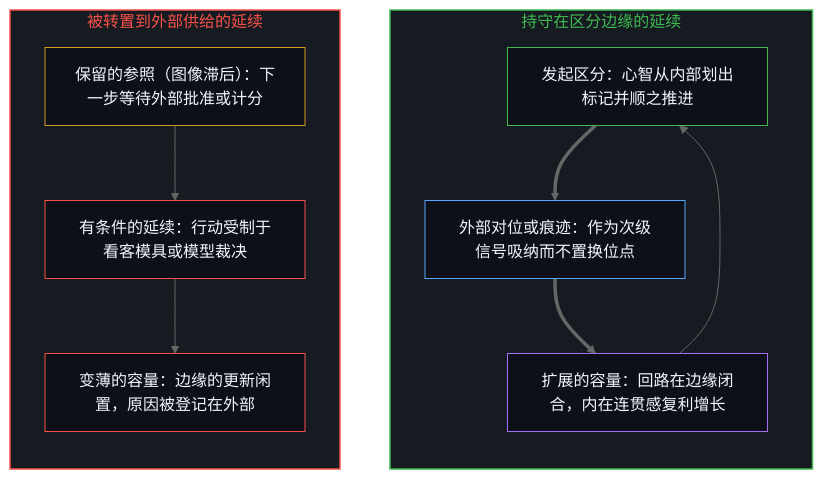
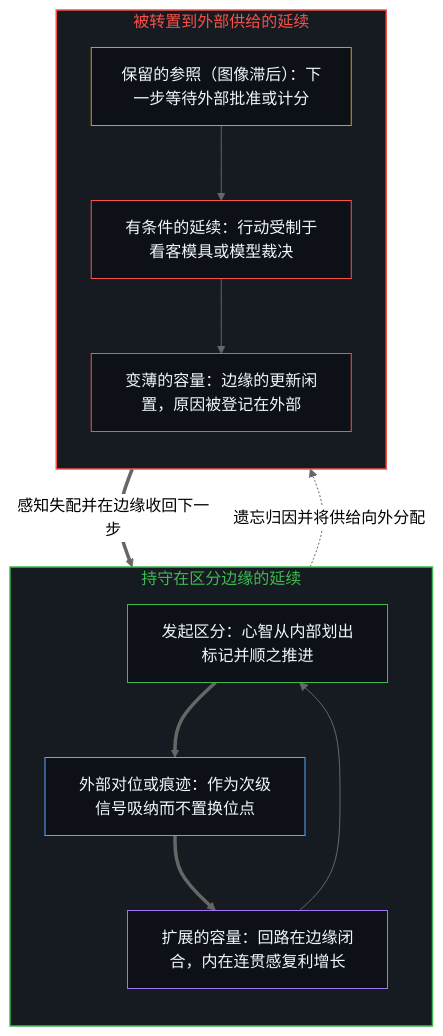
Before and after one commit to powerpig99/not-a-toe: the first of 2 diagrams in content/posts/the-allocation-of-causal-power-in-validation.md, drawn with Mermaid (neutral theme). The commit also changed other lines of this file and 5 other files, not shown here.

````diff
--- a/content/posts/the-allocation-of-causal-power-in-validation.md
+++ b/content/posts/the-allocation-of-causal-power-in-validation.md
@@ -51,26 +51,28 @@
 ```mermaid
 flowchart TD
     subgraph S_Internal["持守在区分边缘的延续"]
         direction TB
         Draw["发起区分：心智从内部划出标记并顺之推进"]
         Signal["外部对位或痕迹：作为次级信号吸纳而不置换位点"]
         Expand["扩展的容量：回路在边缘闭合，内在连贯感复利增长"]
         Draw ==> Signal ==> Expand
         Expand --> Draw
     end
     subgraph S_External["被转置到外部供给的延续"]
         direction TB
         Defer["保留的参照（图像滞后）：下一步等待外部批准或计分"]
         Hostage["有条件的延续：行动受制于看客模具或模型裁决"]
         Thin["变薄的容量：边缘的更新闲置，原因被登记在外部"]
         Defer --> Hostage --> Thin
     end
+    Draw -.->|"遗忘归因并将供给向外分配"| Defer
+    Thin ==>|"感知失配并在边缘收回下一步"| Draw
     style S_Internal fill:#161b22,stroke:#3fb950,stroke-width:1.5px,color:#3fb950
     style S_External fill:#161b22,stroke:#f85149,stroke-width:1.5px,color:#f85149
     style Draw fill:#0d1117,stroke:#3fb950,stroke-width:1px,color:#f0f6fc
     style Signal fill:#0d1117,stroke:#58a6ff,stroke-width:1px,color:#f0f6fc
     style Expand fill:#0d1117,stroke:#a371f7,stroke-width:1px,color:#f0f6fc
     style Defer fill:#0d1117,stroke:#d29922,stroke-width:1px,color:#f0f6fc
     style Hostage fill:#0d1117,stroke:#f85149,stroke-width:1px,color:#f0f6fc
     style Thin fill:#0d1117,stroke:#f85149,stroke-width:1px,color:#f0f6fc
 ```
````
